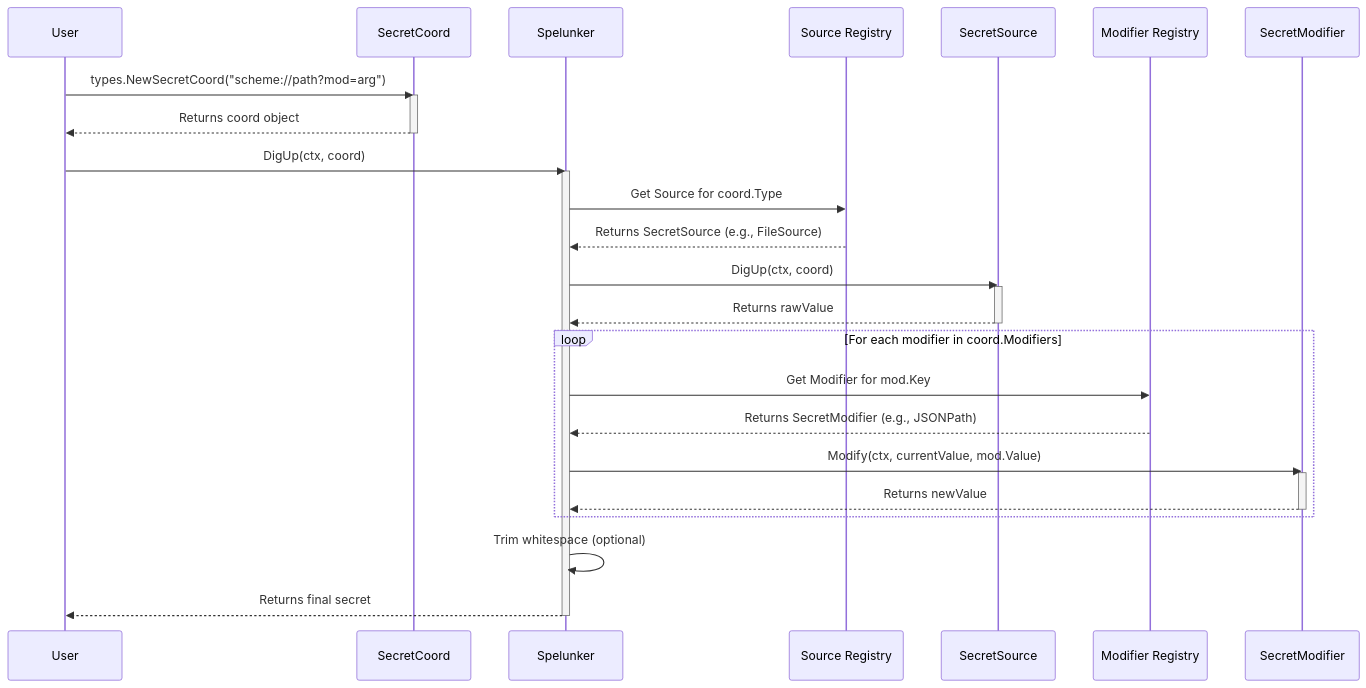
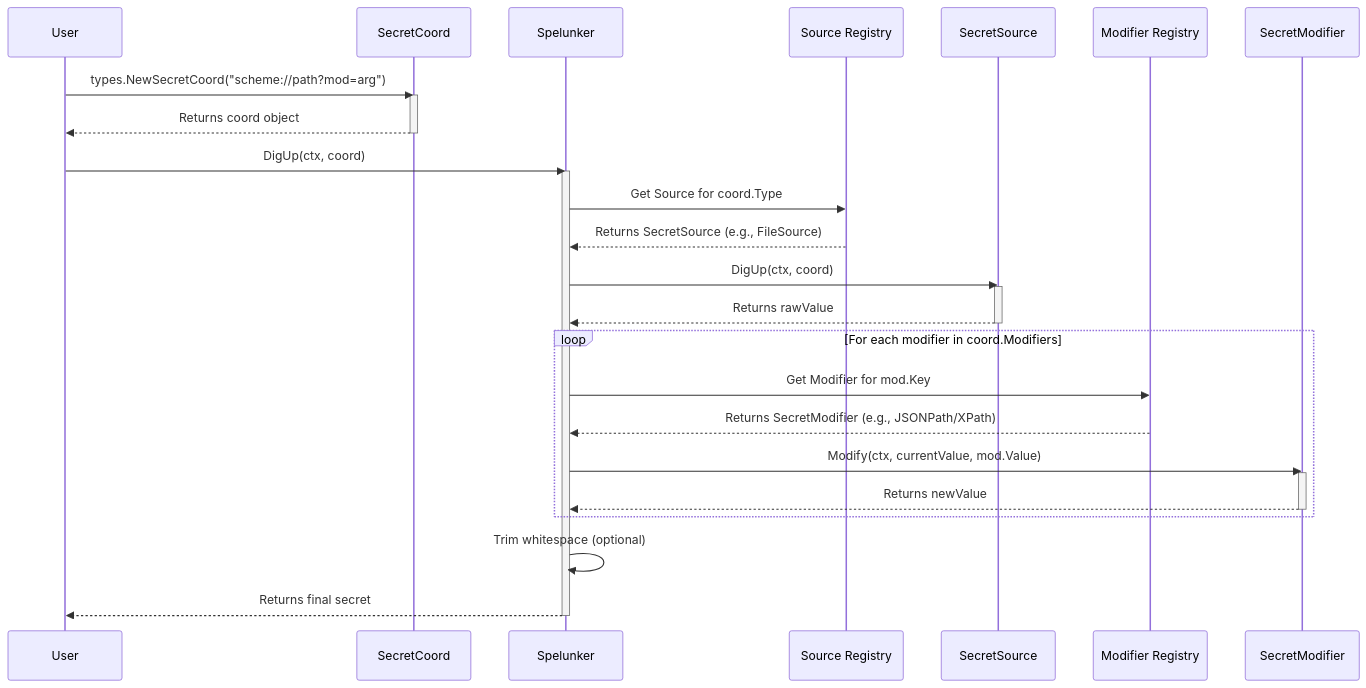
Before and after one commit to detro/spelunk: the second of 2 diagrams in ARCHITECTURE.md, drawn with Mermaid. The commit also changed other lines of this file and 1 other file, not shown here.

Commit message:
chore: updated ARCHITECTURE and AGENTS files

````diff
--- a/ARCHITECTURE.md
+++ b/ARCHITECTURE.md
@@ -101,41 +101,41 @@
 ```mermaid
 sequenceDiagram
     participant User
     participant SecretCoord
     participant Spelunker
     participant Source Registry
     participant SecretSource
     participant Modifier Registry
     participant SecretModifier
 
     User->>SecretCoord: types.NewSecretCoord("scheme://path?mod=arg")
     activate SecretCoord
     SecretCoord-->>User: Returns coord object
     deactivate SecretCoord
 
     User->>Spelunker: DigUp(ctx, coord)
     activate Spelunker
 
     Spelunker->>Source Registry: Get Source for coord.Type
     Source Registry-->>Spelunker: Returns SecretSource (e.g., FileSource)
 
     Spelunker->>SecretSource: DigUp(ctx, coord)
     activate SecretSource
     SecretSource-->>Spelunker: Returns rawValue
     deactivate SecretSource
 
     loop For each modifier in coord.Modifiers
         Spelunker->>Modifier Registry: Get Modifier for mod.Key
-        Modifier Registry-->>Spelunker: Returns SecretModifier (e.g., JSONPath)
+        Modifier Registry-->>Spelunker: Returns SecretModifier (e.g., JSONPath/XPath)
         
         Spelunker->>SecretModifier: Modify(ctx, currentValue, mod.Value)
         activate SecretModifier
         SecretModifier-->>Spelunker: Returns newValue
         deactivate SecretModifier
     end
 
     Spelunker->>Spelunker: Trim whitespace (optional)
     
     Spelunker-->>User: Returns final secret
     deactivate Spelunker
 ```
````
